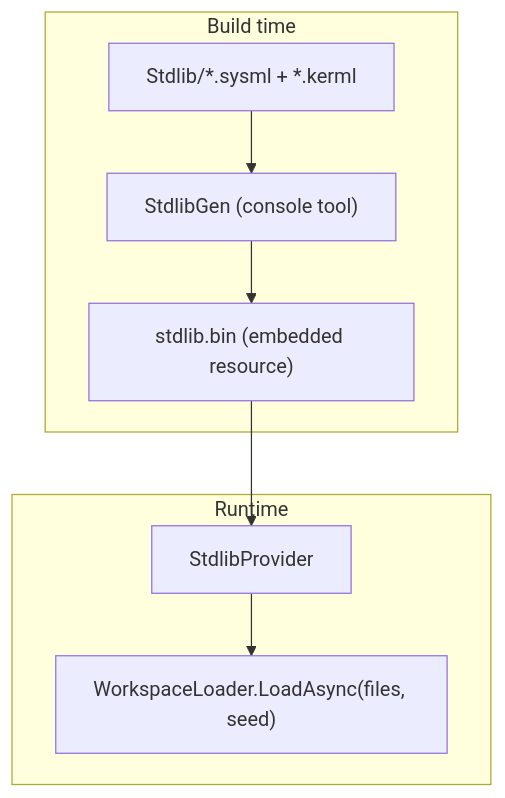
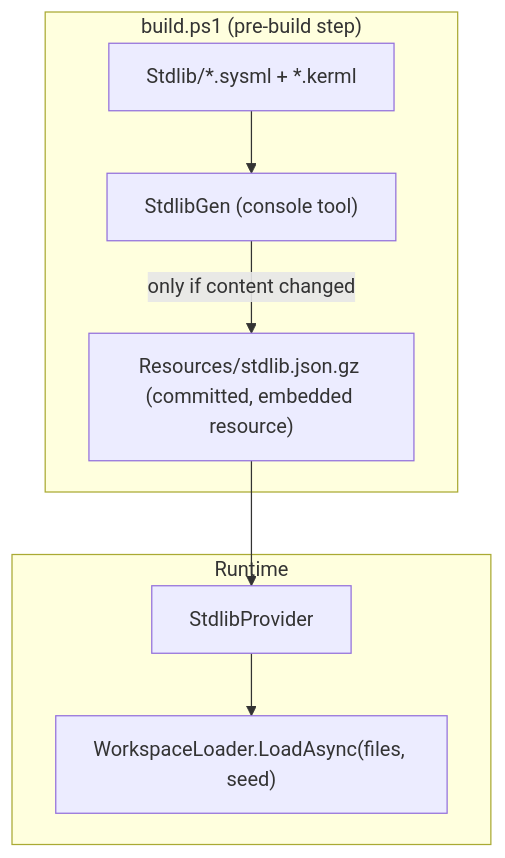
One commit to demaconsulting/SysML2Tools changed the diagram in docs/design/sysml2-tools-stdlib.md. Above: the diagram before and after it, drawn with Mermaid. The commit also changed other lines of this file and 25 other files, not shown here.

````diff
--- a/docs/design/sysml2-tools-stdlib.md
+++ b/docs/design/sysml2-tools-stdlib.md
@@ -18,16 +31,16 @@
 ```mermaid
 flowchart TD
-    subgraph "Build time"
+    subgraph "build.ps1 (pre-build step)"
         StdlibFiles["Stdlib/*.sysml + *.kerml"]
         StdlibGen["StdlibGen (console tool)"]
-        StdlibBin["stdlib.bin (embedded resource)"]
+        StdlibJsonGz["Resources/stdlib.json.gz (committed, embedded resource)"]
         StdlibFiles --> StdlibGen
-        StdlibGen --> StdlibBin
+        StdlibGen -- "only if content changed" --> StdlibJsonGz
     end
     subgraph "Runtime"
         StdlibProvider
         WorkspaceLoader["WorkspaceLoader.LoadAsync(files, seed)"]
     end
-    StdlibBin --> StdlibProvider
+    StdlibJsonGz --> StdlibProvider
     StdlibProvider --> WorkspaceLoader
 ```
````
